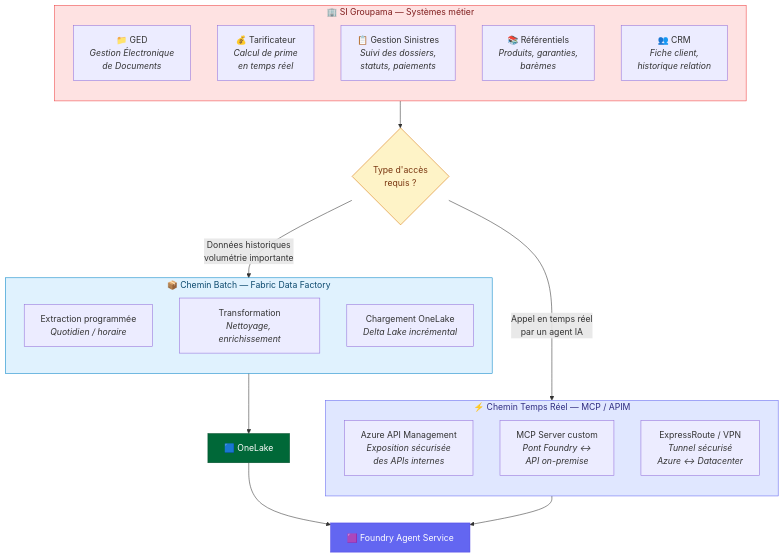
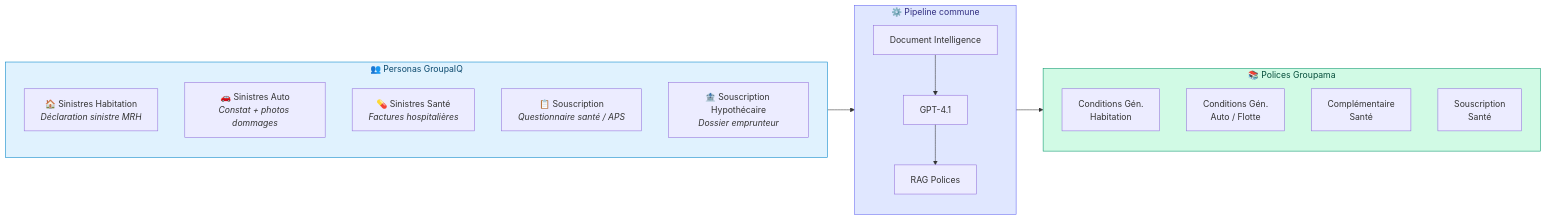
One commit to olivMertens/WorkbenchIQ changed the second of 6 diagrams in docs/ARCHITECTURE-AGENTIC.md. Above: the diagram before and after it, drawn with Mermaid. The commit also changed other lines of this file and 5 other files, not shown here.

First line of the commit message:
feat: fix CU extraction flickering + analyzer schema viewer + architecture docs split

````diff
--- a/docs/ARCHITECTURE-AGENTIC.md
+++ b/docs/ARCHITECTURE-AGENTIC.md
@@ -286,43 +60,33 @@
 ```mermaid
-flowchart TD
-    subgraph SI_GROUPAMA["🏢 SI Groupama — Systèmes métier"]
+graph LR
+    subgraph PERSONAS["👥 Personas GroupaIQ"]
         direction TB
-        GED["📁 GED<br/><i>Gestion Électronique<br/>de Documents</i>"]
-        TARIF["💰 Tarificateur<br/><i>Calcul de prime<br/>en temps réel</i>"]
-        SINISTRE["📋 Gestion Sinistres<br/><i>Suivi des dossiers,<br/>statuts, paiements</i>"]
-        REF["📚 Référentiels<br/><i>Produits, garanties,<br/>barèmes</i>"]
-        CRM["👥 CRM<br/><i>Fiche client,<br/>historique relation</i>"]
+        P1["🏠 Sinistres Habitation<br/><i>Déclaration sinistre MRH</i>"]
+        P2["🚗 Sinistres Auto<br/><i>Constat + photos dommages</i>"]
+        P3["💊 Sinistres Santé<br/><i>Factures hospitalières</i>"]
+        P4["📋 Souscription<br/><i>Questionnaire santé / APS</i>"]
+        P5["🏦 Souscription Hypothécaire<br/><i>Dossier emprunteur</i>"]
     end
 
-    NEED{"Type d'accès<br/>requis ?"}
-
-    subgraph BATCH["📦 Chemin Batch — Fabric Data Factory"]
-        direction TB
-        B1["Extraction programmée<br/><i>Quotidien / horaire</i>"]
-        B2["Transformation<br/><i>Nettoyage, enrichissement</i>"]
-        B3["Chargement OneLake<br/><i>Delta Lake incrémental</i>"]
+    subgraph PIPELINE["⚙️ Pipeline commune"]
+        CU["Document Intelligence"]
+        GPT["GPT-4.1"]
+        RAG["RAG Polices"]
+        CU --> GPT --> RAG
     end
 
-    subgraph REALTIME["⚡ Chemin Temps Réel — MCP / APIM"]
+    subgraph POLICIES["📚 Polices Groupama"]
         direction TB
-        APIM["Azure API Management<br/><i>Exposition sécurisée<br/>des APIs internes</i>"]
-        MCP["MCP Server custom<br/><i>Pont Foundry ↔<br/>API on-premise</i>"]
-        VPN["ExpressRoute / VPN<br/><i>Tunnel sécurisé<br/>Azure ↔ Datacenter</i>"]
+        POL1["Conditions Gén.<br/>Habitation"]
+        POL2["Conditions Gén.<br/>Auto / Flotte"]
+        POL3["Complémentaire<br/>Santé"]
+        POL4["Souscription<br/>Santé"]
     end
 
-    SI_GROUPAMA --> NEED
-    NEED -->|"Données historiques<br/>volumétrie importante"| BATCH
-    NEED -->|"Appel en temps réel<br/>par un agent IA"| REALTIME
+    PERSONAS --> PIPELINE
+    PIPELINE --> POLICIES
 
-    BATCH --> ONELAKE["🟦 OneLake"]
-    REALTIME --> FOUNDRY["🟪 Foundry Agent Service"]
-
-    ONELAKE --> FOUNDRY
-
-    style SI_GROUPAMA fill:#fee2e2,stroke:#ef4444,color:#7f1d1d
-    style NEED fill:#fef3c7,stroke:#d97706,color:#78350f
-    style BATCH fill:#e0f2fe,stroke:#0284c7,color:#0c4a6e
-    style REALTIME fill:#e0e7ff,stroke:#6366f1,color:#312e81
-    style ONELAKE fill:#006838,stroke:#004d2a,color:#fff
-    style FOUNDRY fill:#6366f1,stroke:#4f46e5,color:#fff
+    style PERSONAS fill:#e0f2fe,stroke:#0284c7,color:#0c4a6e
+    style PIPELINE fill:#e0e7ff,stroke:#6366f1,color:#312e81
+    style POLICIES fill:#d1fae5,stroke:#059669,color:#064e3b
 ```
````
